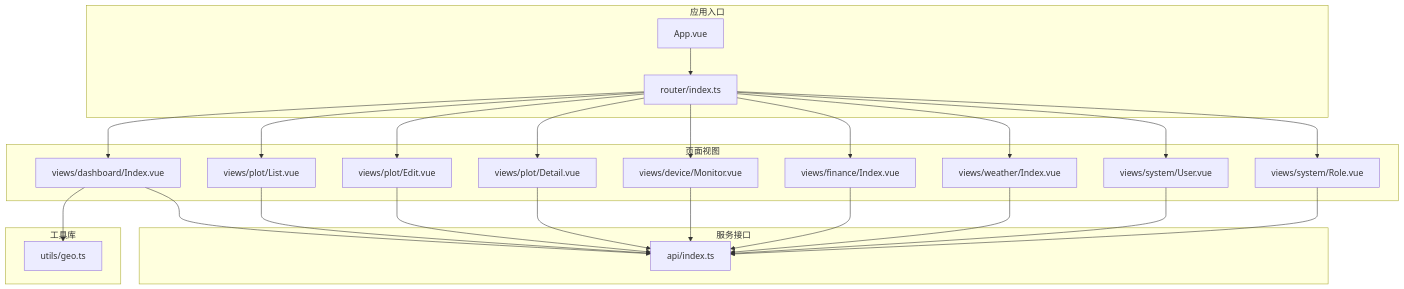
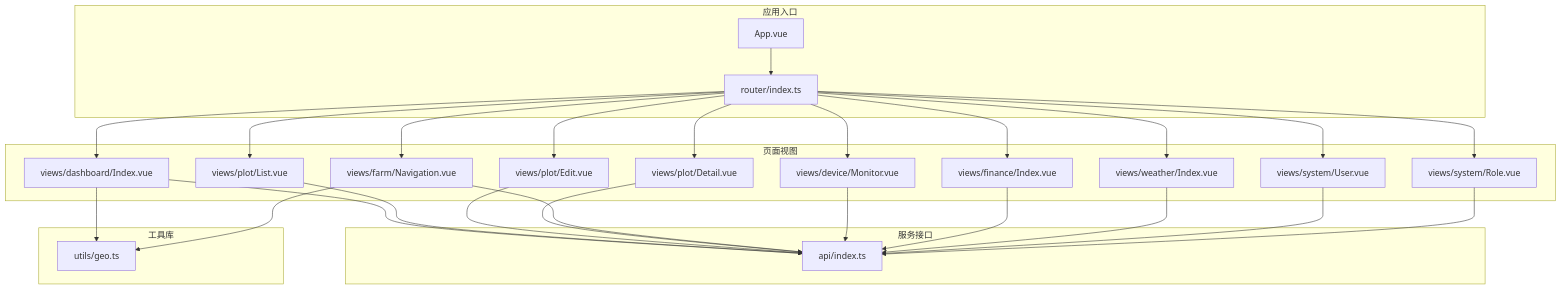
One commit to q446328246/agri-platform changed the first of 10 diagrams in .qoder/repowiki/zh/content/前端应用文档/核心页面/核心页面.md. Above: the diagram before and after it, drawn with Mermaid. The commit also changed other lines of this file and 52 other files, not shown here.

````diff
--- a/.qoder/repowiki/zh/content/前端应用文档/核心页面/核心页面.md
+++ b/.qoder/repowiki/zh/content/前端应用文档/核心页面/核心页面.md
@@ -51,44 +53,48 @@
 ```mermaid
 graph TB
 subgraph "应用入口"
 App["App.vue"]
 Router["router/index.ts"]
 end
 subgraph "页面视图"
 Dashboard["views/dashboard/Index.vue"]
 PlotList["views/plot/List.vue"]
 PlotEdit["views/plot/Edit.vue"]
 PlotDetail["views/plot/Detail.vue"]
+FarmNavigation["views/farm/Navigation.vue"]
 DeviceMonitor["views/device/Monitor.vue"]
 FinanceIndex["views/finance/Index.vue"]
 WeatherIndex["views/weather/Index.vue"]
 SystemUser["views/system/User.vue"]
 SystemRole["views/system/Role.vue"]
 end
 subgraph "服务接口"
 API["api/index.ts"]
 end
 subgraph "工具库"
 Geo["utils/geo.ts"]
 end
 App --> Router
 Router --> Dashboard
 Router --> PlotList
 Router --> PlotEdit
 Router --> PlotDetail
+Router --> FarmNavigation
 Router --> DeviceMonitor
 Router --> FinanceIndex
 Router --> WeatherIndex
 Router --> SystemUser
 Router --> SystemRole
 Dashboard --> API
 PlotList --> API
 PlotEdit --> API
 PlotDetail --> API
+FarmNavigation --> API
 DeviceMonitor --> API
 FinanceIndex --> API
 WeatherIndex --> API
 SystemUser --> API
 SystemRole --> API
 Dashboard --> Geo
+FarmNavigation --> Geo
 ```
````
